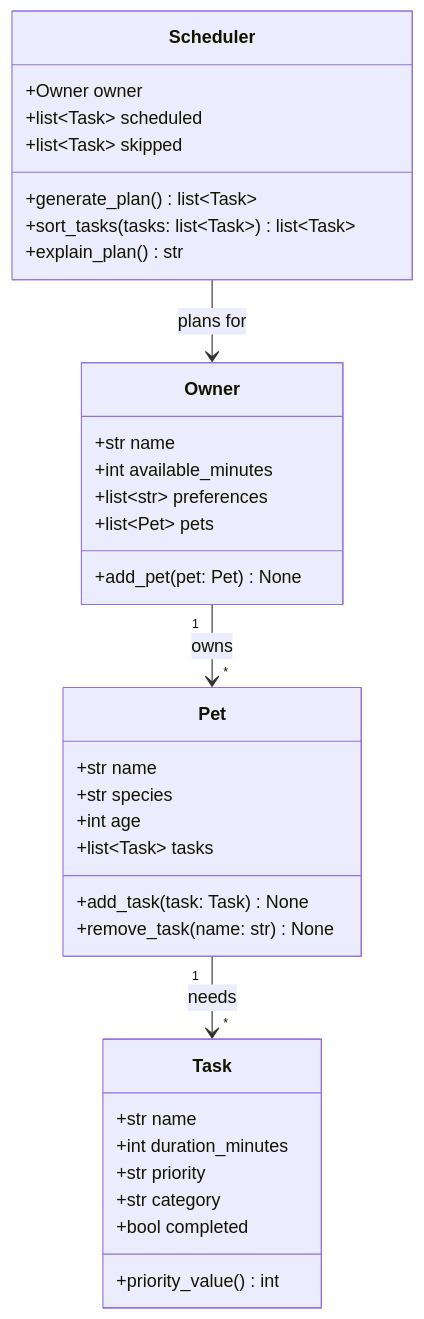
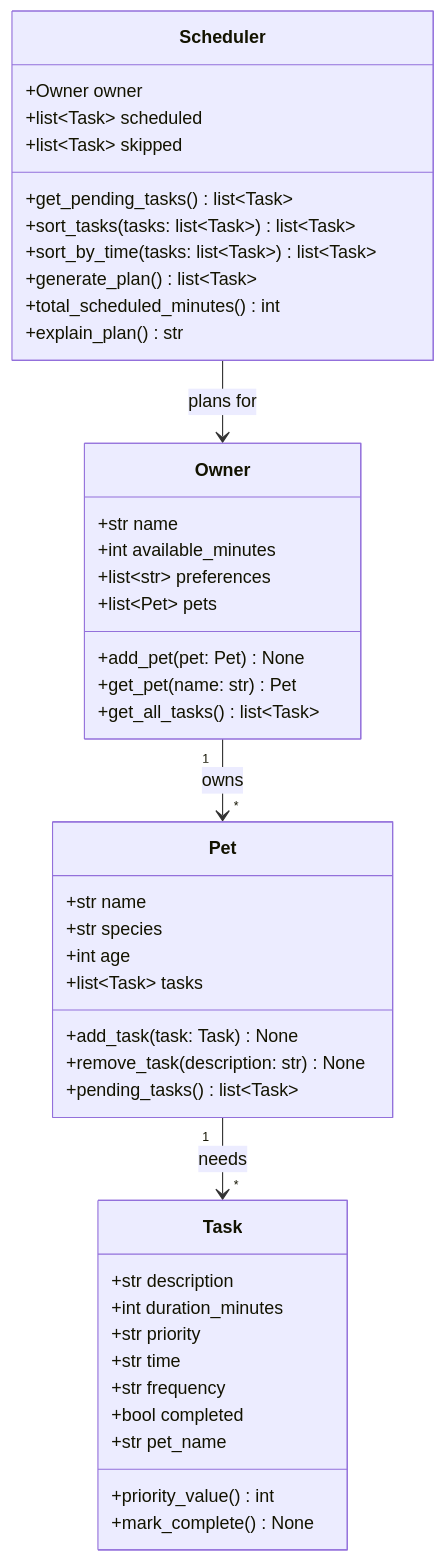
Before and after one commit to ZoeyHall/ai110-module2show-pawpal-starter: the diagram in diagrams/uml.mmd, drawn with Mermaid. The commit also changed 6 other files, not shown here.

```diff
--- a/diagrams/uml.mmd
+++ b/diagrams/uml.mmd
@@ -1,39 +1,48 @@
 classDiagram
     class Owner {
         +str name
         +int available_minutes
         +list~str~ preferences
         +list~Pet~ pets
         +add_pet(pet: Pet) None
+        +get_pet(name: str) Pet
+        +get_all_tasks() list~Task~
     }
 
     class Pet {
         +str name
         +str species
         +int age
         +list~Task~ tasks
         +add_task(task: Task) None
-        +remove_task(name: str) None
+        +remove_task(description: str) None
+        +pending_tasks() list~Task~
     }
 
     class Task {
-        +str name
+        +str description
         +int duration_minutes
         +str priority
-        +str category
+        +str time
+        +str frequency
         +bool completed
+        +str pet_name
         +priority_value() int
+        +mark_complete() None
     }
 
     class Scheduler {
         +Owner owner
         +list~Task~ scheduled
         +list~Task~ skipped
+        +get_pending_tasks() list~Task~
+        +sort_tasks(tasks: list~Task~) list~Task~
+        +sort_by_time(tasks: list~Task~) list~Task~
         +generate_plan() list~Task~
-        +sort_tasks(tasks: list~Task~) list~Task~
+        +total_scheduled_minutes() int
         +explain_plan() str
     }
 
     Owner "1" --> "*" Pet : owns
     Pet "1" --> "*" Task : needs
     Scheduler --> Owner : plans for
```
